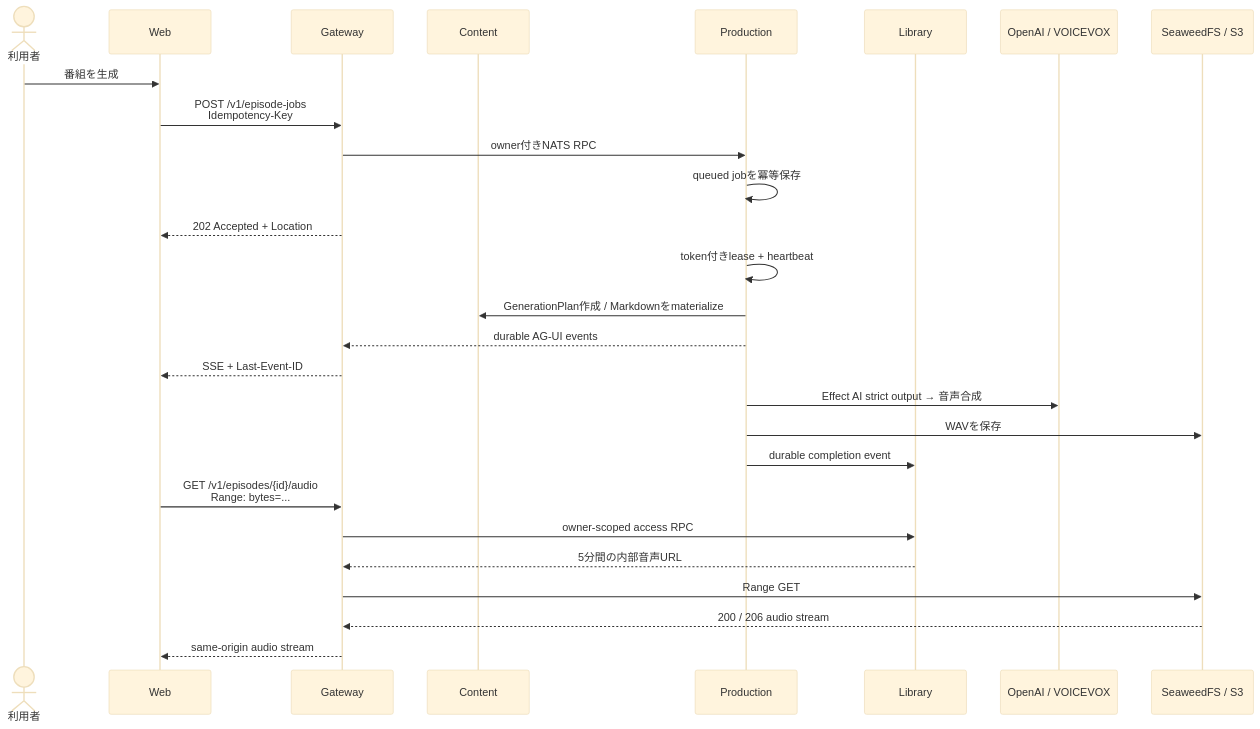
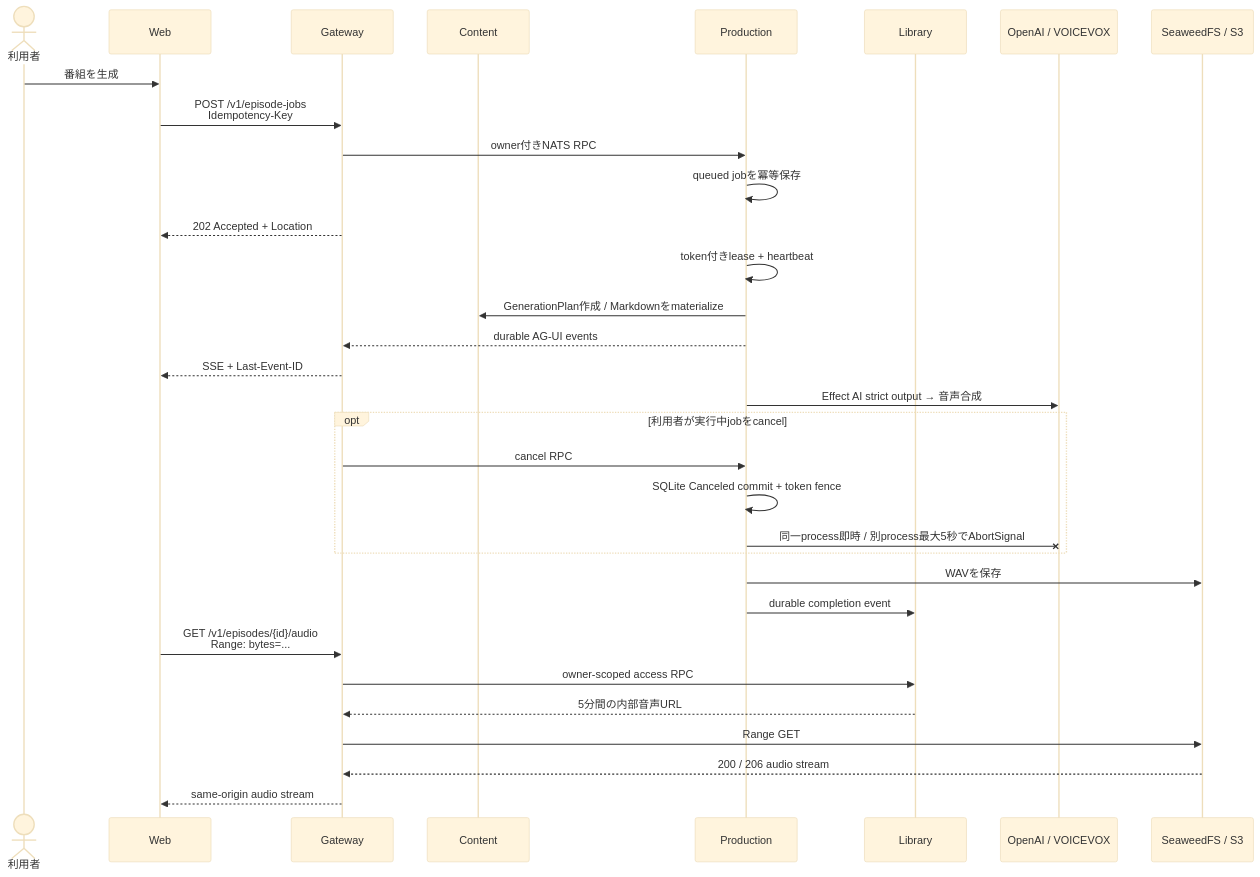
One commit to r4ai/news-podcast changed the fifth of 9 diagrams in docs/architecture.md. Above: the diagram before and after it, drawn with Mermaid (base theme). The commit also changed other lines of this file and 21 other files, not shown here.

Commit message:
fix(episode-production): abort providers immediately after cancel (#60)

````diff
--- a/docs/architecture.md
+++ b/docs/architecture.md
@@ -174,30 +174,35 @@
 ```mermaid
 sequenceDiagram
   actor User as 利用者
   participant Web
   participant Gateway
   participant Content
   participant Production
   participant Library
   participant Providers as OpenAI / VOICEVOX
   participant Objects as SeaweedFS / S3
 
   User->>Web: 番組を生成
   Web->>Gateway: POST /v1/episode-jobs<br/>Idempotency-Key
   Gateway->>Production: owner付きNATS RPC
   Production->>Production: queued jobを冪等保存
   Gateway-->>Web: 202 Accepted + Location
   Production->>Production: token付きlease + heartbeat
   Production->>Content: GenerationPlan作成 / Markdownをmaterialize
   Production-->>Gateway: durable AG-UI events
   Gateway-->>Web: SSE + Last-Event-ID
   Production->>Providers: Effect AI strict output → 音声合成
+  opt 利用者が実行中jobをcancel
+    Gateway->>Production: cancel RPC
+    Production->>Production: SQLite Canceled commit + token fence
+    Production-xProviders: 同一process即時 / 別process最大5秒でAbortSignal
+  end
   Production->>Objects: WAVを保存
   Production->>Library: durable completion event
   Web->>Gateway: GET /v1/episodes/{id}/audio<br/>Range: bytes=...
   Gateway->>Library: owner-scoped access RPC
   Library-->>Gateway: 5分間の内部音声URL
   Gateway->>Objects: Range GET
   Objects-->>Gateway: 200 / 206 audio stream
   Gateway-->>Web: same-origin audio stream
 ```
````
